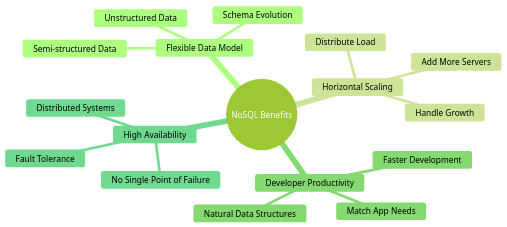
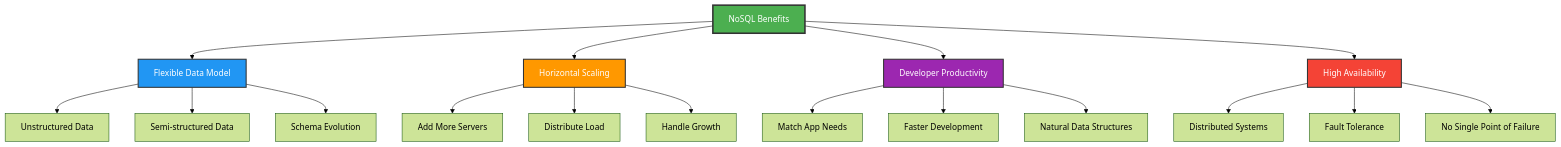
The third of 5 diagrams in data-engineering.nosql.overview.md (asbor/dendron-learning-vault), drawn with Mermaid (forest theme) before and after one commit. The commit also changed 1 other file, not shown here.

Commit message:
Fix: Replace mindmap and timeline Mermaid diagrams for compatibility
- Replaced mindmap with standard graph in nosql.overview.md
- Replaced timeline with gantt in cap-theorem.md
- Improves rendering compatibility across different Mermaid versions

````diff
--- a/data-engineering.nosql.overview.md
+++ b/data-engineering.nosql.overview.md
@@ -127,20 +127,29 @@
 ```mermaid
-mindmap
-  root((NoSQL Benefits))
-    Flexible Data Model
-      Unstructured Data
-      Semi-structured Data
-      Schema Evolution
-    Horizontal Scaling
-      Add More Servers
-      Distribute Load
-      Handle Growth
-    Developer Productivity
-      Match App Needs
-      Faster Development
-      Natural Data Structures
-    High Availability
-      Distributed Systems
-      Fault Tolerance
-      No Single Point of Failure
+graph TB
+    A[NoSQL Benefits] --> B[Flexible Data Model]
+    A --> C[Horizontal Scaling]
+    A --> D[Developer Productivity]
+    A --> E[High Availability]
+
+    B --> B1[Unstructured Data]
+    B --> B2[Semi-structured Data]
+    B --> B3[Schema Evolution]
+
+    C --> C1[Add More Servers]
+    C --> C2[Distribute Load]
+    C --> C3[Handle Growth]
+
+    D --> D1[Match App Needs]
+    D --> D2[Faster Development]
+    D --> D3[Natural Data Structures]
+
+    E --> E1[Distributed Systems]
+    E --> E2[Fault Tolerance]
+    E --> E3[No Single Point of Failure]
+
+    style A fill:#4CAF50,stroke:#333,stroke-width:3px,color:#fff
+    style B fill:#2196F3,stroke:#333,stroke-width:2px,color:#fff
+    style C fill:#FF9800,stroke:#333,stroke-width:2px,color:#fff
+    style D fill:#9C27B0,stroke:#333,stroke-width:2px,color:#fff
+    style E fill:#F44336,stroke:#333,stroke-width:2px,color:#fff
 ```
````
